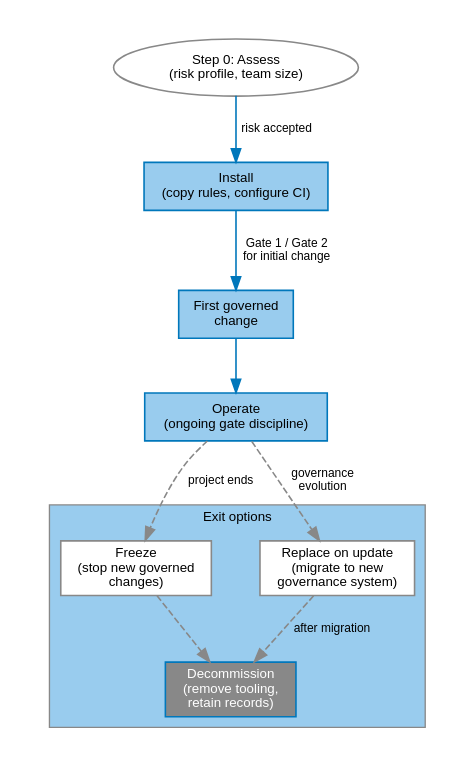
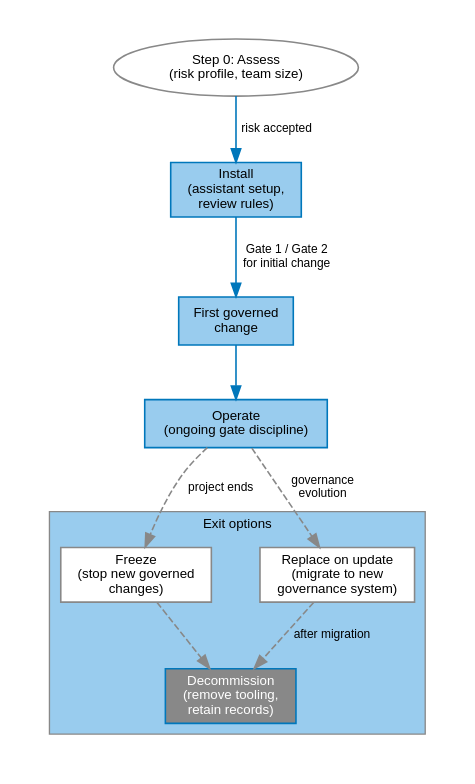
The diagram in agf/docs/figures/src/adoption-exit-flow.dot (janipaijanen/agf-mirror), drawn with Graphviz before and after one commit. The commit also changed 11 other files, not shown here.

```diff
--- a/agf/docs/figures/src/adoption-exit-flow.dot
+++ b/agf/docs/figures/src/adoption-exit-flow.dot
@@ -1,42 +1,42 @@
 // SPDX-License-Identifier: CC-BY-SA-4.0
 // agents-govern: adoption impact and exit/decommission flow
 // Generate: dot -Tsvg adoption-exit-flow.dot -o ../adoption-exit-flow.svg
 digraph adoption_exit {
     graph [rankdir=TB, splines=spline, pad=0.3, nodesep=0.5, ranksep=0.55,
            fontname="Helvetica", fontsize=11]
     node  [fontname="Helvetica", fontsize=10, style=filled, shape=box,
            fillcolor="#99CCEE", color="#0077BB", penwidth=1.2]
     edge  [fontname="Helvetica", fontsize=9, color="#0077BB", penwidth=1.2]
 
     assess   [label="Step 0: Assess\n(risk profile, team size)", shape=ellipse,
               fillcolor=white, color="#888888"]
-    install  [label="Install\n(copy rules, configure CI)"]
+    install  [label="Install\n(assistant setup,\nreview rules)"]
     first    [label="First governed\nchange"]
     operate  [label="Operate\n(ongoing gate discipline)"]
 
     subgraph cluster_exit {
         label="Exit options"
         style=filled
         fillcolor="#99CCEE"
         color="#888888"
         fontname="Helvetica"
         fontsize=10
 
         freeze   [label="Freeze\n(stop new governed\nchanges)", fillcolor=white,
                   color="#888888"]
         replace  [label="Replace on update\n(migrate to new\ngovernance system)",
                   fillcolor=white, color="#888888"]
         decomm   [label="Decommission\n(remove tooling,\nretain records)",
                   fillcolor="#888888", fontcolor=white]
     }
 
     assess   -> install  [label="risk accepted"]
     install  -> first    [label="Gate 1 / Gate 2\nfor initial change"]
     first    -> operate
     operate  -> freeze   [label="project ends", style=dashed, color="#888888"]
     operate  -> replace  [label="governance\nevolution", style=dashed,
                           color="#888888"]
     freeze   -> decomm   [style=dashed, color="#888888"]
     replace  -> decomm   [style=dashed, color="#888888",
                           label="after migration"]
 }
```
